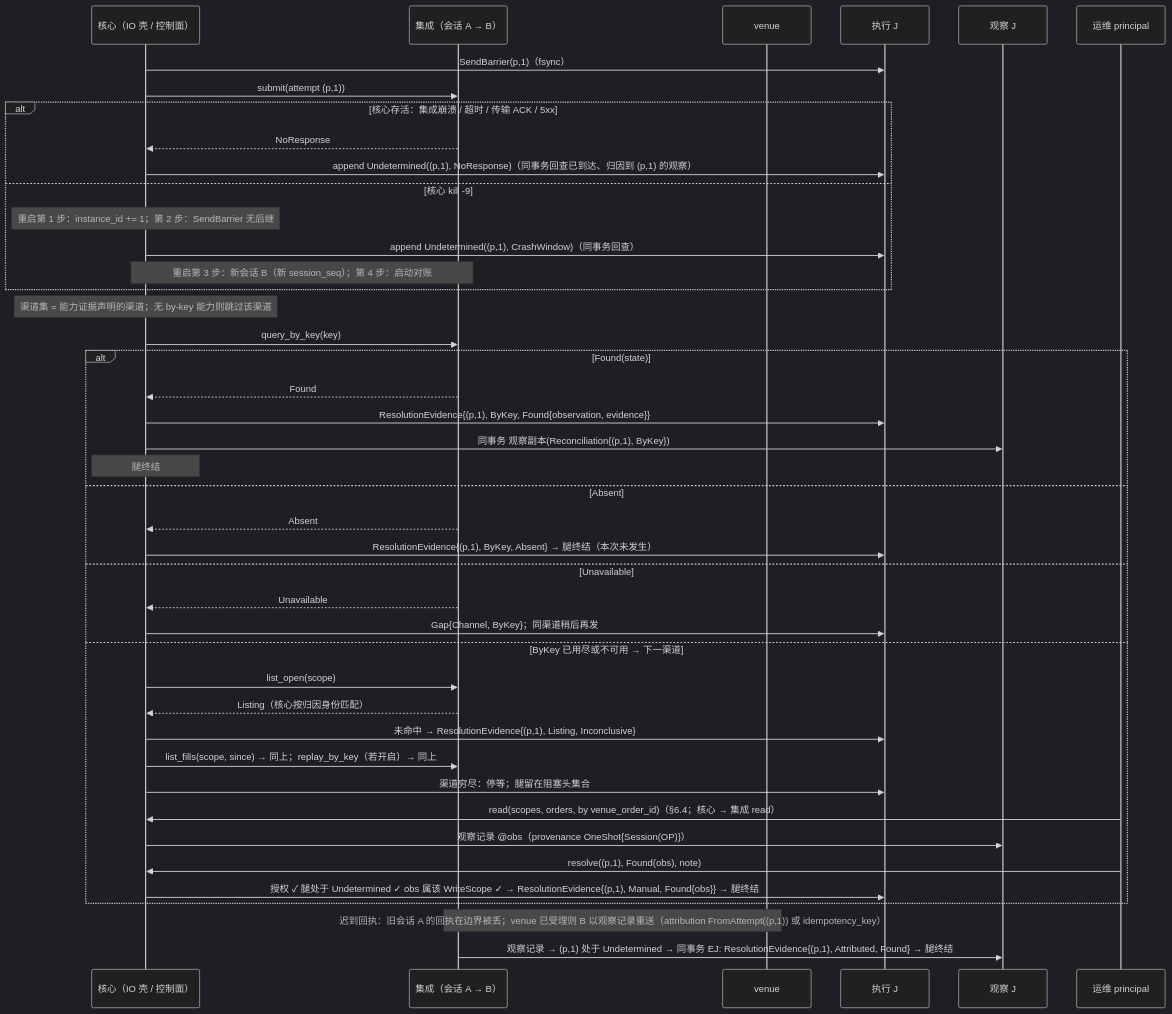
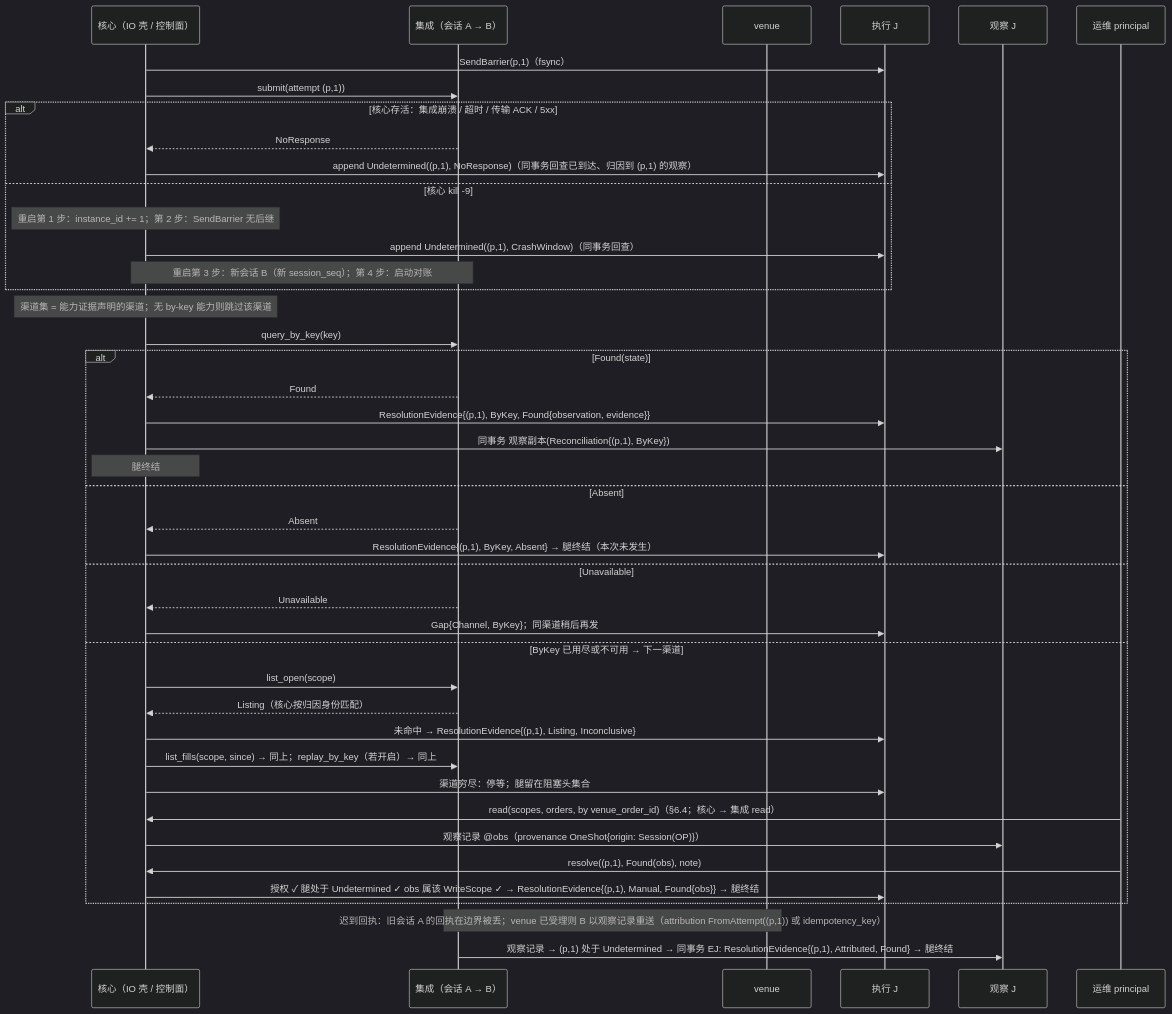
The sixth of 7 diagrams in design/diagrams/06-io-shell-attempt.md (mouriya-s-lab/uta), drawn with Mermaid (dark theme) before and after one commit. The commit also changed 6 other files, not shown here.

````diff
--- a/design/diagrams/06-io-shell-attempt.md
+++ b/design/diagrams/06-io-shell-attempt.md
@@ -203,45 +203,45 @@
 ```mermaid
 sequenceDiagram
   participant IO as 核心（IO 壳 / 控制面）
   participant I as 集成（会话 A → B）
   participant V as venue
   participant EJ as 执行 J
   participant OJ as 观察 J
   participant OP as 运维 principal
   IO->>EJ: SendBarrier(p,1)（fsync）
   IO->>I: submit(attempt (p,1))
   alt 核心存活：集成崩溃 / 超时 / 传输 ACK / 5xx
     I-->>IO: NoResponse
     IO->>EJ: append Undetermined((p,1), NoResponse)（同事务回查已到达、归因到 (p,1) 的观察）
   else 核心 kill -9
     Note over IO: 重启第 1 步：instance_id += 1；第 2 步：SendBarrier 无后继
     IO->>EJ: append Undetermined((p,1), CrashWindow)（同事务回查）
     Note over IO,I: 重启第 3 步：新会话 B（新 session_seq）；第 4 步：启动对账
   end
   Note over IO: 渠道集 = 能力证据声明的渠道；无 by-key 能力则跳过该渠道
   IO->>I: query_by_key(key)
   alt Found(state)
     I-->>IO: Found
     IO->>EJ: ResolutionEvidence{(p,1), ByKey, Found{observation, evidence}}
     IO->>OJ: 同事务 观察副本(Reconciliation{(p,1), ByKey})
     Note over IO: 腿终结
   else Absent
     I-->>IO: Absent
     IO->>EJ: ResolutionEvidence{(p,1), ByKey, Absent} → 腿终结（本次未发生）
   else Unavailable
     I-->>IO: Unavailable
     IO->>EJ: Gap{Channel, ByKey}；同渠道稍后再发
   else ByKey 已用尽或不可用 → 下一渠道
     IO->>I: list_open(scope)
     I-->>IO: Listing（核心按归因身份匹配）
     IO->>EJ: 未命中 → ResolutionEvidence{(p,1), Listing, Inconclusive}
     IO->>I: list_fills(scope, since) → 同上；replay_by_key（若开启）→ 同上
     IO->>EJ: 渠道穷尽：停等；腿留在阻塞头集合
     OP->>IO: read(scopes, orders, by venue_order_id)（§6.4；核心 → 集成 read）
-    IO->>OJ: 观察记录 @obs（provenance OneShot{Session(OP)}）
+    IO->>OJ: 观察记录 @obs（provenance OneShot{origin: Session(OP)}）
     OP->>IO: resolve((p,1), Found(obs), note)
     IO->>EJ: 授权 ✓ 腿处于 Undetermined ✓ obs 属该 WriteScope ✓ → ResolutionEvidence{(p,1), Manual, Found{obs}} → 腿终结
   end
   Note over I,V: 迟到回执：旧会话 A 的回执在边界被丢；venue 已受理则 B 以观察记录重送（attribution FromAttempt((p,1)) 或 idempotency_key）
   I->>OJ: 观察记录 → (p,1) 处于 Undetermined → 同事务 EJ: ResolutionEvidence{(p,1), Attributed, Found} → 腿终结
 ```
````
